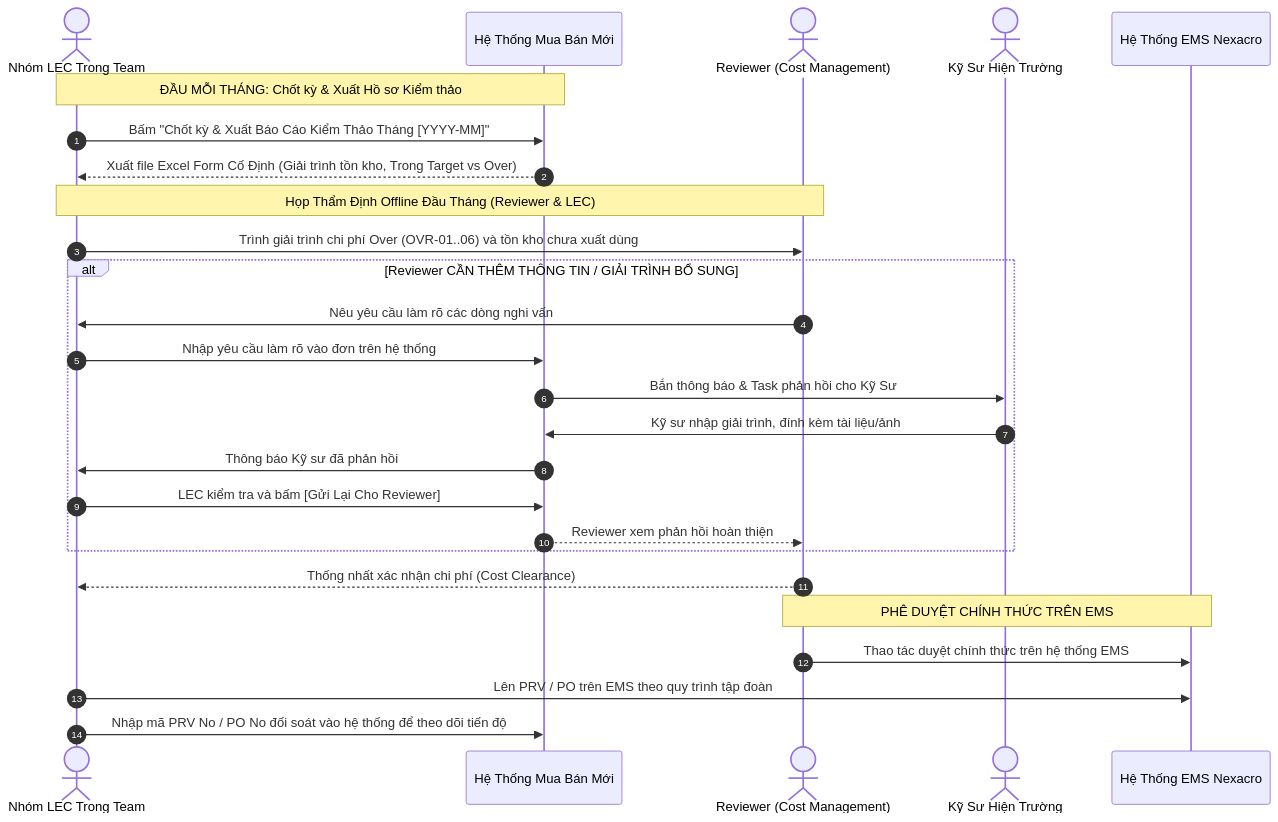
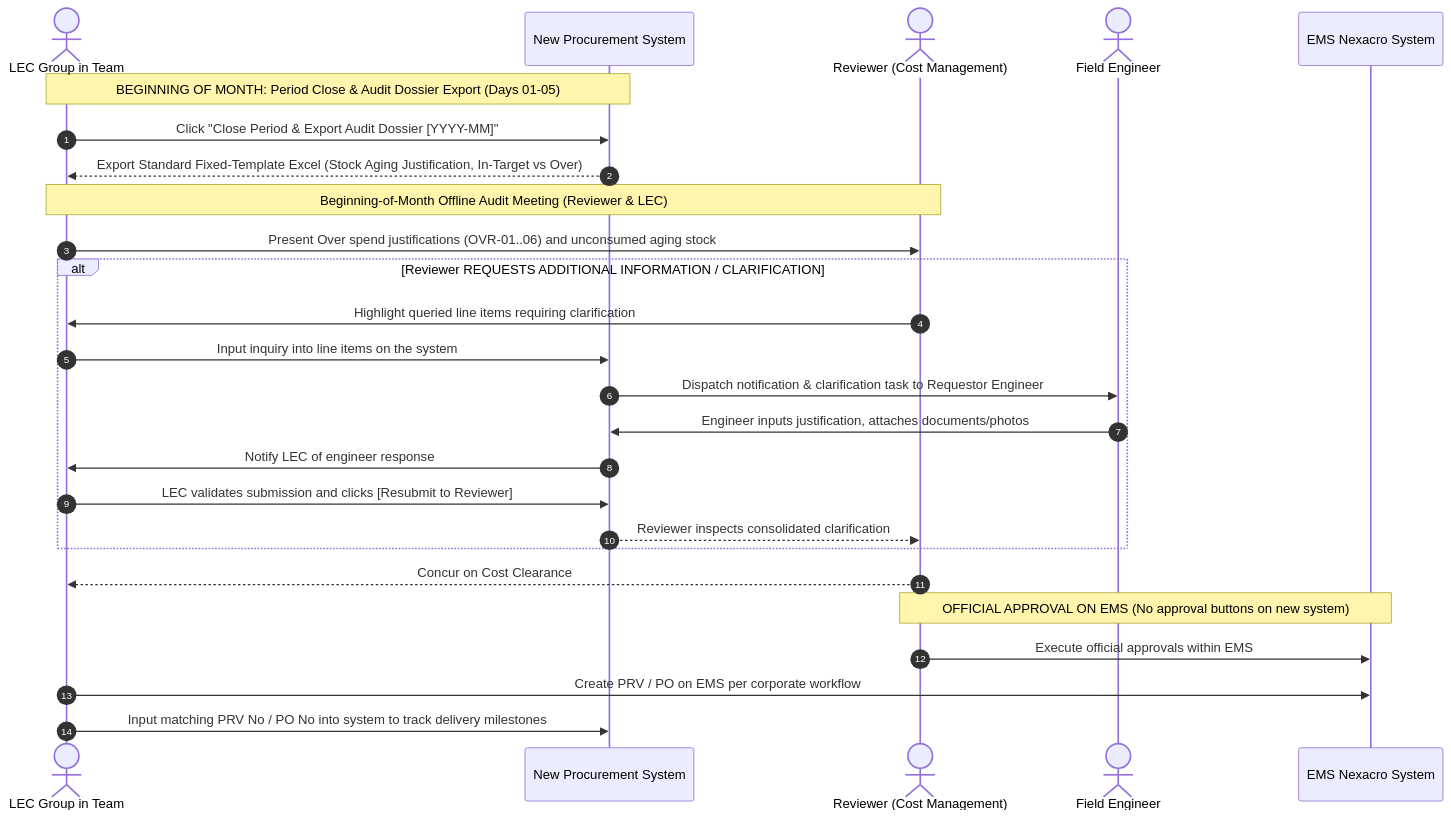
One commit to longphamduc-vn/ops-workflow changed the diagram in procurement-system/04-budget-cost-and-over-management/03-monthly-offline-management-audit.md. Above: the diagram before and after it, drawn with Mermaid. The commit also changed other lines of this file and 28 other files, not shown here.

````diff
--- a/procurement-system/04-budget-cost-and-over-management/03-monthly-offline-management-audit.md
+++ b/procurement-system/04-budget-cost-and-over-management/03-monthly-offline-management-audit.md
@@ -10,33 +10,33 @@
 ```mermaid
 sequenceDiagram
     autonumber
-    actor LEC as Nhóm LEC Trong Team
-    participant SYS as Hệ Thống Mua Bán Mới
+    actor LEC as LEC Group in Team
+    participant SYS as New Procurement System
     actor REV as Reviewer (Cost Management)
-    actor ENG as Kỹ Sư Hiện Trường
-    participant EMS as Hệ Thống EMS Nexacro
+    actor ENG as Field Engineer
+    participant EMS as EMS Nexacro System
 
-    Note over LEC,SYS: ĐẦU MỖI THÁNG: Chốt kỳ & Xuất Hồ sơ Kiểm thảo
-    LEC->>SYS: Bấm "Chốt kỳ & Xuất Báo Cáo Kiểm Thảo Tháng [YYYY-MM]"
-    SYS-->>LEC: Xuất file Excel Form Cố Định (Giải trình tồn kho, Trong Target vs Over)
+    Note over LEC,SYS: BEGINNING OF MONTH: Period Close & Audit Dossier Export (Days 01-05)
+    LEC->>SYS: Click "Close Period & Export Audit Dossier [YYYY-MM]"
+    SYS-->>LEC: Export Standard Fixed-Template Excel (Stock Aging Justification, In-Target vs Over)
     
-    Note over LEC,REV: Họp Thẩm Định Offline Đầu Tháng (Reviewer & LEC)
-    LEC->>REV: Trình giải trình chi phí Over (OVR-01..06) và tồn kho chưa xuất dùng
+    Note over LEC,REV: Beginning-of-Month Offline Audit Meeting (Reviewer & LEC)
+    LEC->>REV: Present Over spend justifications (OVR-01..06) and unconsumed aging stock
     
-    alt Reviewer CẦN THÊM THÔNG TIN / GIẢI TRÌNH BỔ SUNG
-        REV->>LEC: Nêu yêu cầu làm rõ các dòng nghi vấn
-        LEC->>SYS: Nhập yêu cầu làm rõ vào đơn trên hệ thống
-        SYS->>ENG: Bắn thông báo & Task phản hồi cho Kỹ Sư
-        ENG->>SYS: Kỹ sư nhập giải trình, đính kèm tài liệu/ảnh
-        SYS->>LEC: Thông báo Kỹ sư đã phản hồi
-        LEC->>SYS: LEC kiểm tra và bấm [Gửi Lại Cho Reviewer]
-        SYS-->>REV: Reviewer xem phản hồi hoàn thiện
+    alt Reviewer REQUESTS ADDITIONAL INFORMATION / CLARIFICATION
+        REV->>LEC: Highlight queried line items requiring clarification
+        LEC->>SYS: Input inquiry into line items on the system
+        SYS->>ENG: Dispatch notification & clarification task to Requestor Engineer
+        ENG->>SYS: Engineer inputs justification, attaches documents/photos
+        SYS->>LEC: Notify LEC of engineer response
+        LEC->>SYS: LEC validates submission and clicks [Resubmit to Reviewer]
+        SYS-->>REV: Reviewer inspects consolidated clarification
     end
 
-    REV-->>LEC: Thống nhất xác nhận chi phí (Cost Clearance)
+    REV-->>LEC: Concur on Cost Clearance
     
-    Note over REV,EMS: PHÊ DUYỆT CHÍNH THỨC TRÊN EMS
-    REV->>EMS: Thao tác duyệt chính thức trên hệ thống EMS
-    LEC->>EMS: Lên PRV / PO trên EMS theo quy trình tập đoàn
-    LEC->>SYS: Nhập mã PRV No / PO No đối soát vào hệ thống để theo dõi tiến độ
+    Note over REV,EMS: OFFICIAL APPROVAL ON EMS (No approval buttons on new system)
+    REV->>EMS: Execute official approvals within EMS
+    LEC->>EMS: Create PRV / PO on EMS per corporate workflow
+    LEC->>SYS: Input matching PRV No / PO No into system to track delivery milestones
 ```
````
